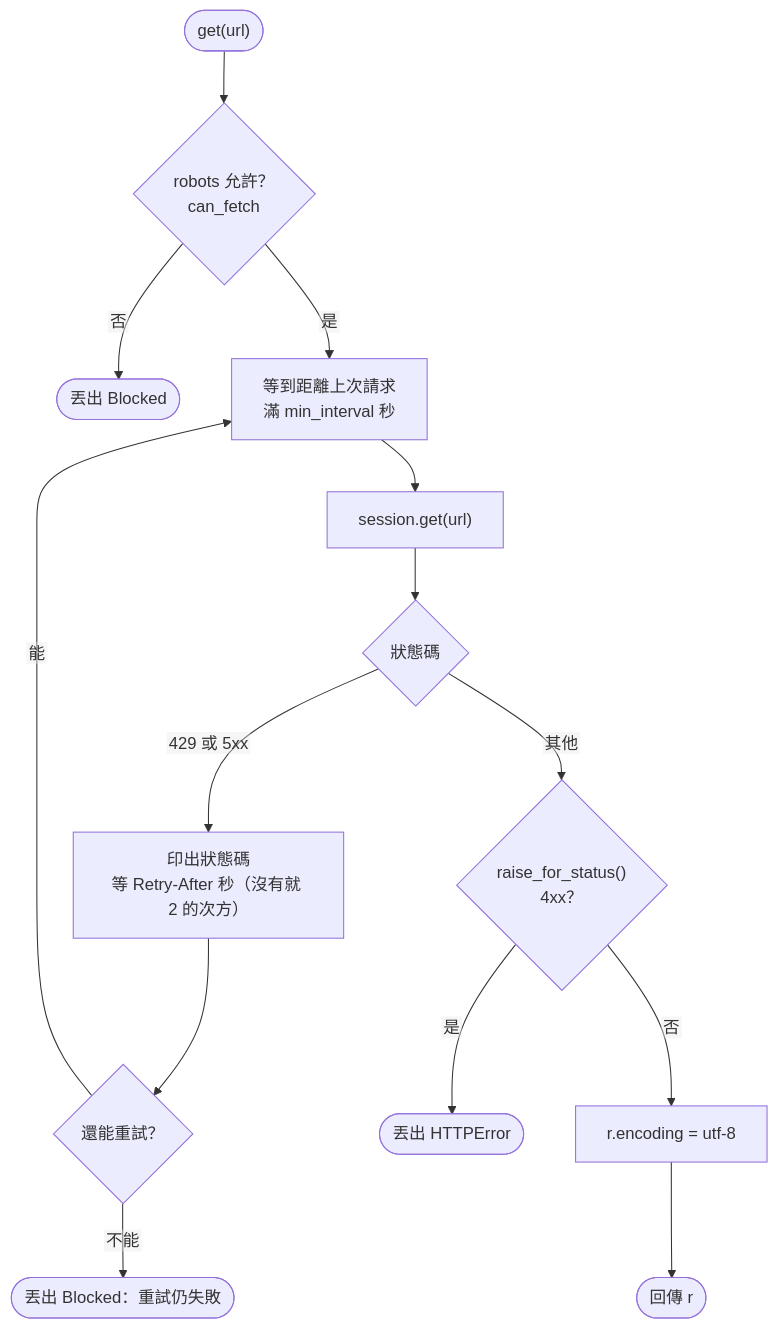
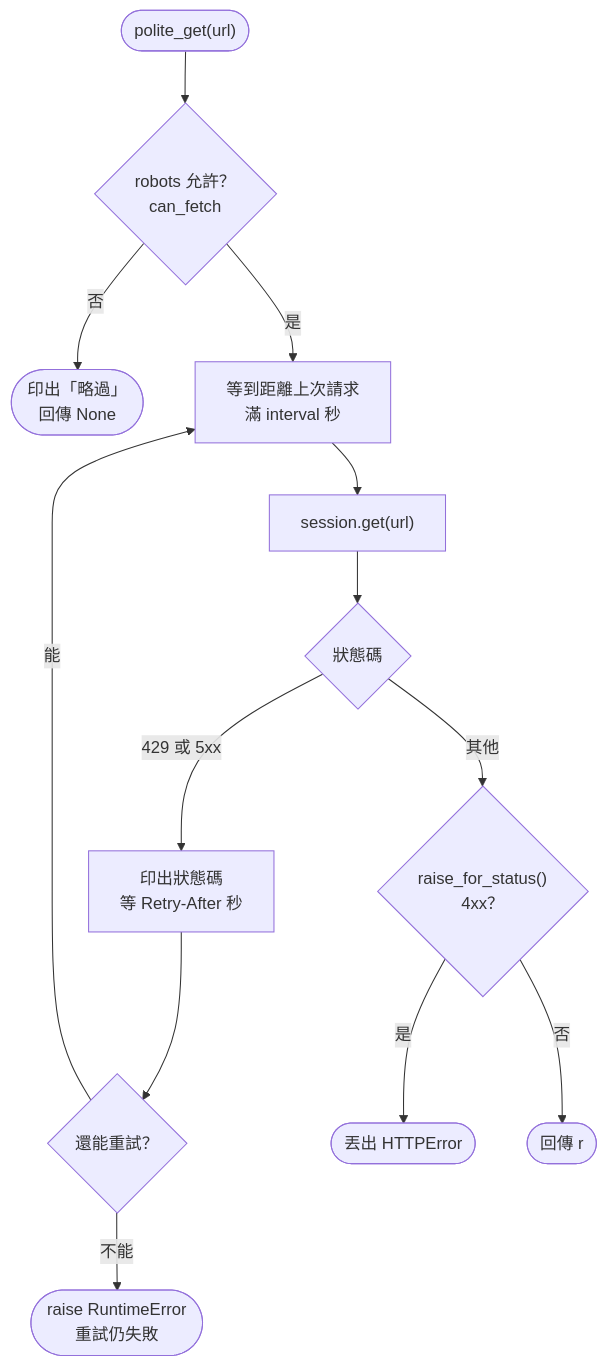
Before and after one commit to 4-learn/python-web-crawler-demo: the second of 2 diagrams in docs/06.md, drawn with Mermaid. The commit also changed other lines of this file and 6 other files, not shown here.

Commit message:
[pm] docs: 06 拿掉 class（PoliteSession → load_robots／polite_get 函式）、先看完整程式、read() 陷阱與真實網站 robots 誤判改進階折疊、Workshop 拆課堂／延伸；新增 read_trap.py、retry_demo.py、real_robots.py

````diff
--- a/docs/06.md
+++ b/docs/06.md
@@ -344,17 +142,15 @@
 ```mermaid
-%%{init: {"flowchart": {"htmlLabels": false}}}%%
 flowchart TD
-    A(["get(url)"]) --> B{"robots 允許？<br/>can_fetch"}
-    B -->|否| X([丟出 Blocked])
-    B -->|是| C["等到距離上次請求<br/>滿 min_interval 秒"]
+    A(["polite_get(url)"]) --> B{"robots 允許？<br/>can_fetch"}
+    B -->|否| X(["印出「略過」<br/>回傳 None"])
+    B -->|是| C["等到距離上次請求<br/>滿 interval 秒"]
     C --> D["session.get(url)"]
     D --> E{狀態碼}
-    E -->|429 或 5xx| F["印出狀態碼<br/>等 Retry-After 秒（沒有就 2 的次方）"]
+    E -->|429 或 5xx| F["印出狀態碼<br/>等 Retry-After 秒"]
     F --> G{還能重試？}
     G -->|能| C
-    G -->|不能| Y([丟出 Blocked：重試仍失敗])
+    G -->|不能| Y(["raise RuntimeError<br/>重試仍失敗"])
     E -->|其他| H{"raise_for_status()<br/>4xx？"}
     H -->|是| Z([丟出 HTTPError])
-    H -->|否| I["r.encoding = utf-8"]
-    I --> J([回傳 r])
+    H -->|否| I(["回傳 r"])
 ```
````
